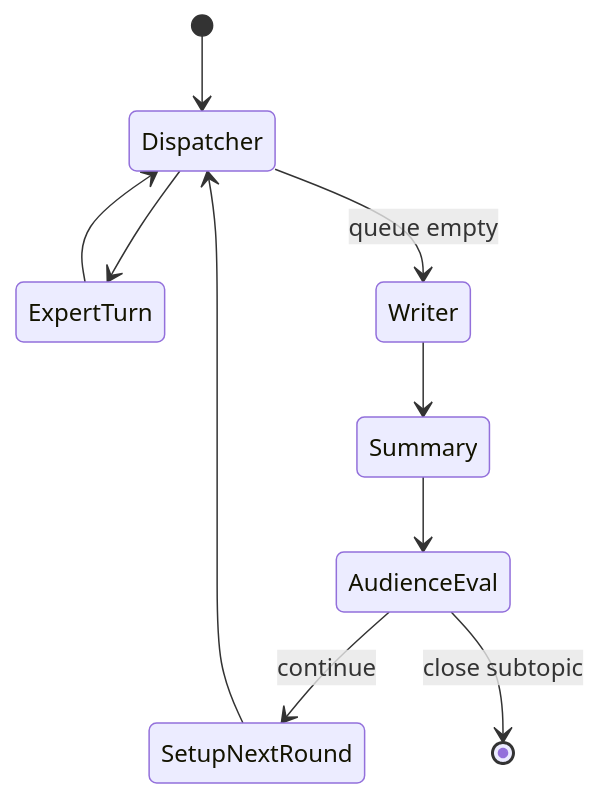
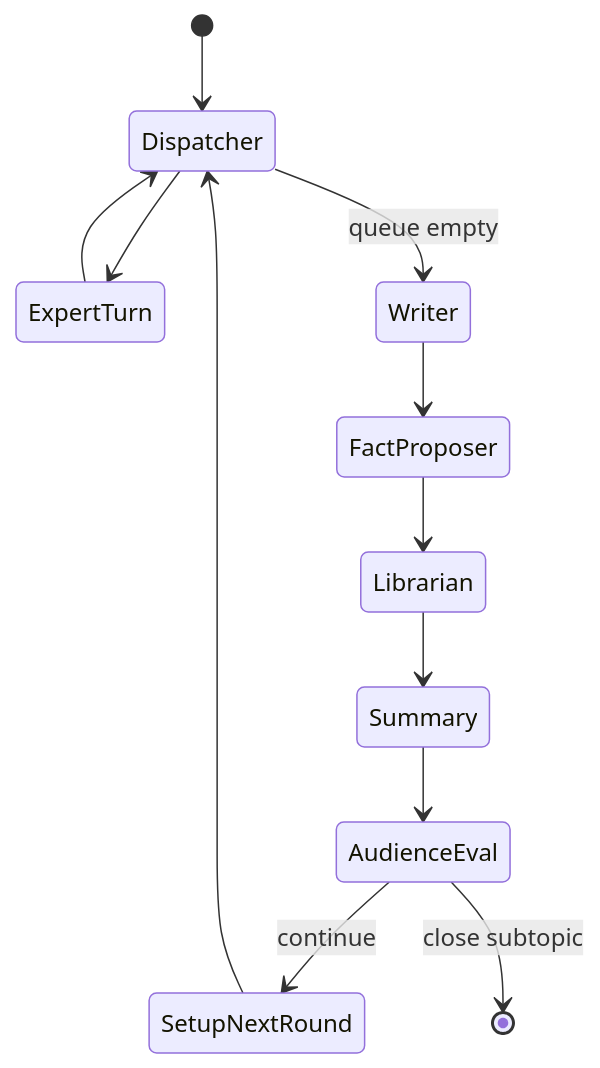
One commit to G-R-O-X/Grox_chat changed the third of 3 diagrams in DESIGN.md. Above: the diagram before and after it, drawn with Mermaid. The commit also changed other lines of this file and 3 other files, not shown here.

````diff
--- a/DESIGN.md
+++ b/DESIGN.md
@@ -239,12 +272,14 @@
 ```mermaid
 stateDiagram-v2
     [*] --> Dispatcher
     Dispatcher --> ExpertTurn
     ExpertTurn --> Dispatcher
     Dispatcher --> Writer: queue empty
-    Writer --> Summary
+    Writer --> FactProposer
+    FactProposer --> Librarian
+    Librarian --> Summary
     Summary --> AudienceEval
     AudienceEval --> SetupNextRound: continue
     SetupNextRound --> Dispatcher
     AudienceEval --> [*]: close subtopic
 ```
````
